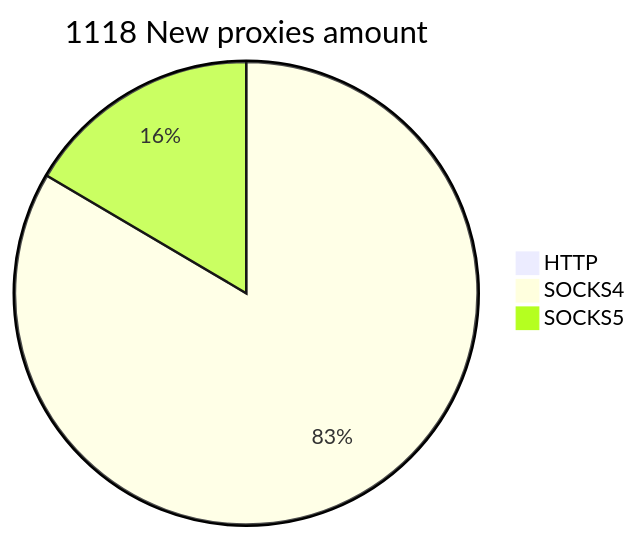
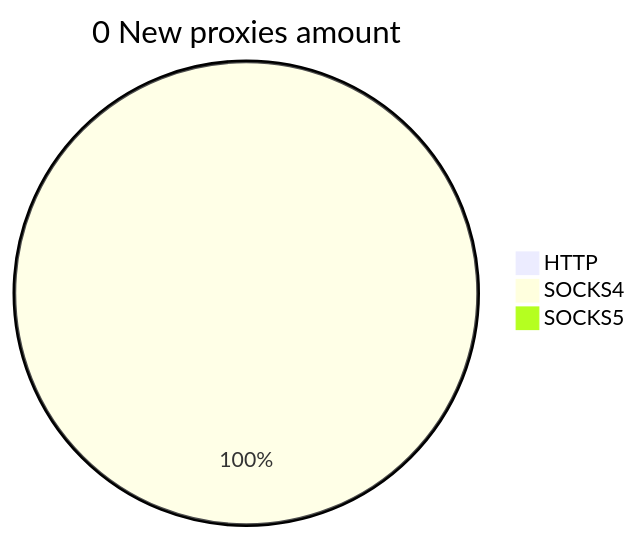
Before and after one commit to cutipu/proxylist: the second of 2 diagrams in README.md, drawn with Mermaid. The commit also changed other lines of this file, not shown here.

````diff
--- a/README.md
+++ b/README.md
@@ -10,6 +10,6 @@
 ```mermaid
-pie title 1118 New proxies amount
-    "HTTP" : 4
-    "SOCKS4" : 930
-    "SOCKS5" : 184
+pie title 0 New proxies amount
+    "HTTP" : 0
+    "SOCKS4" : 2
+    "SOCKS5" : 0
 ```
````
